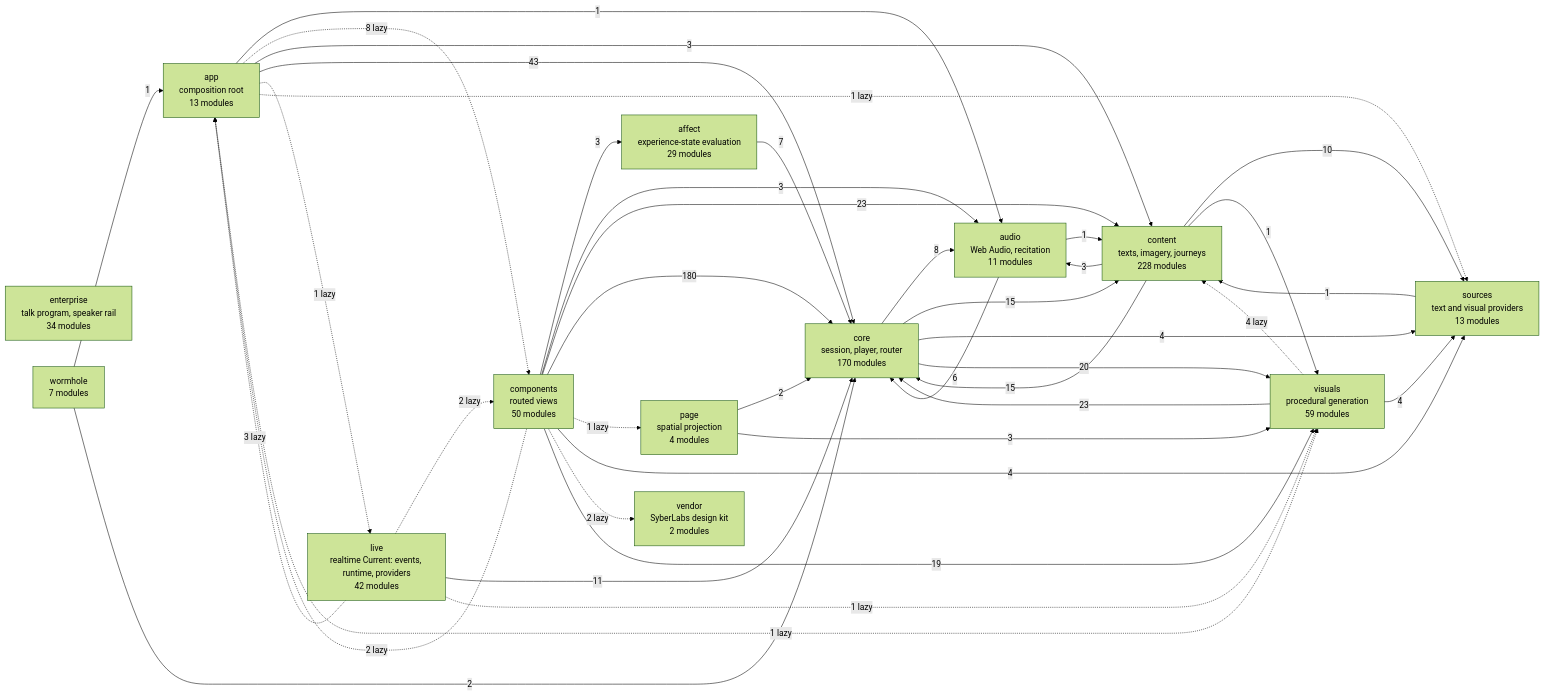
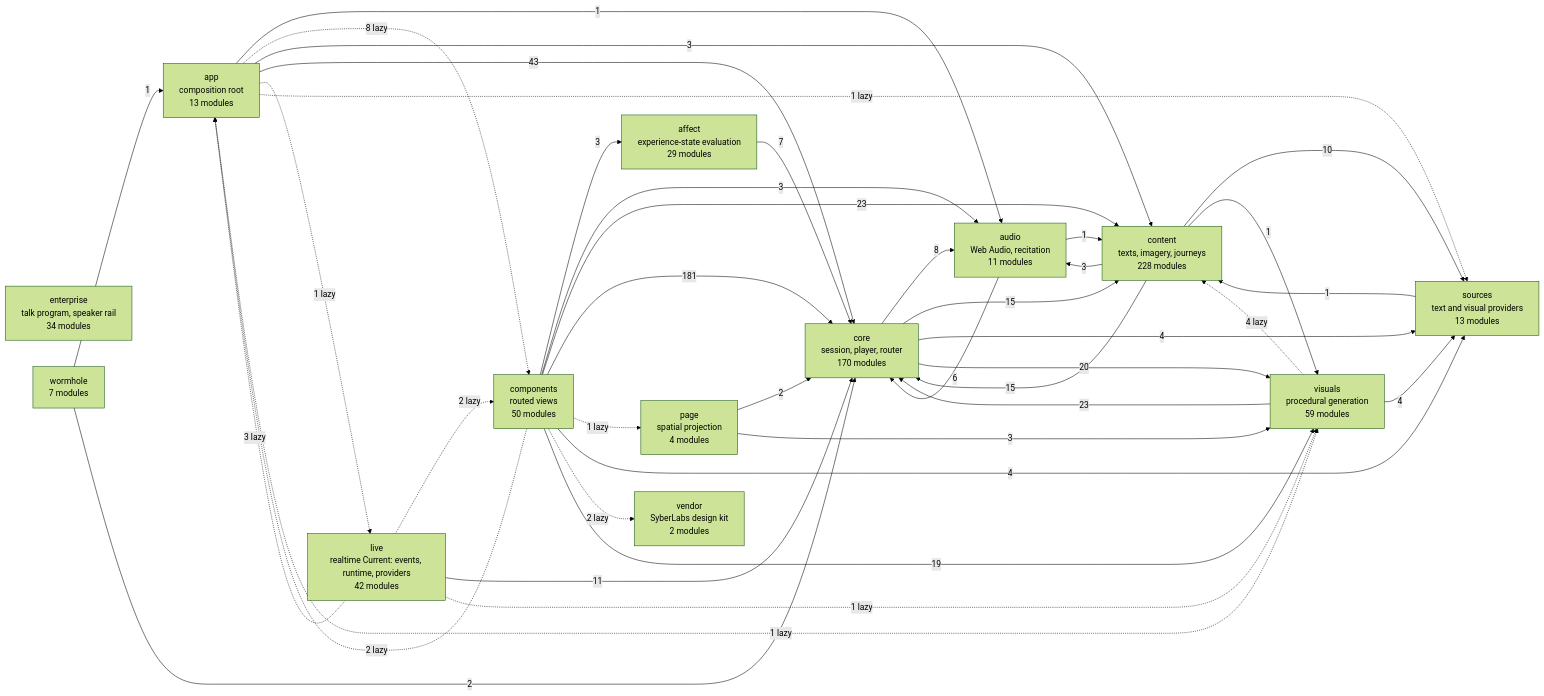
Before and after one commit to SyberLabs/RISE: the diagram in docs/specs/ARCHITECTURE.md, drawn with Mermaid (forest theme). The commit also changed 21 other files, not shown here.

````diff
--- a/docs/specs/ARCHITECTURE.md
+++ b/docs/specs/ARCHITECTURE.md
@@ -154,56 +154,56 @@
 ```mermaid
 flowchart LR
     affect["affect<br/>experience-state evaluation<br/>29 modules"]
     app["app<br/>composition root<br/>13 modules"]
     audio["audio<br/>Web Audio, recitation<br/>11 modules"]
     components["components<br/>routed views<br/>50 modules"]
     content["content<br/>texts, imagery, journeys<br/>228 modules"]
     core["core<br/>session, player, router<br/>170 modules"]
     enterprise["enterprise<br/>talk program, speaker rail<br/>34 modules"]
     live["live<br/>realtime Current: events, runtime, providers<br/>42 modules"]
     page["page<br/>spatial projection<br/>4 modules"]
     sources["sources<br/>text and visual providers<br/>13 modules"]
     vendor["vendor<br/>SyberLabs design kit<br/>2 modules"]
     visuals["visuals<br/>procedural generation<br/>59 modules"]
     wormhole["wormhole<br/>7 modules"]
 
     affect --> |7| core
     app --> |1| audio
     app -.-> |8 lazy| components
     app --> |3| content
     app --> |43| core
     app -.-> |1 lazy| live
     app -.-> |1 lazy| sources
     app -.-> |1 lazy| visuals
     audio --> |1| content
     audio --> |6| core
     components --> |3| affect
     components -.-> |2 lazy| app
     components --> |3| audio
     components --> |23| content
-    components --> |180| core
+    components --> |181| core
     components -.-> |1 lazy| page
     components --> |4| sources
     components -.-> |2 lazy| vendor
     components --> |19| visuals
     content --> |3| audio
     content --> |15| core
     content --> |10| sources
     content --> |1| visuals
     core --> |8| audio
     core --> |15| content
     core --> |4| sources
     core --> |20| visuals
     live -.-> |3 lazy| app
     live -.-> |2 lazy| components
     live --> |11| core
     live -.-> |1 lazy| visuals
     page --> |2| core
     page --> |3| visuals
     sources --> |1| content
     visuals -.-> |4 lazy| content
     visuals --> |23| core
     visuals --> |4| sources
     wormhole --> |1| app
     wormhole --> |2| core
 ```
````
